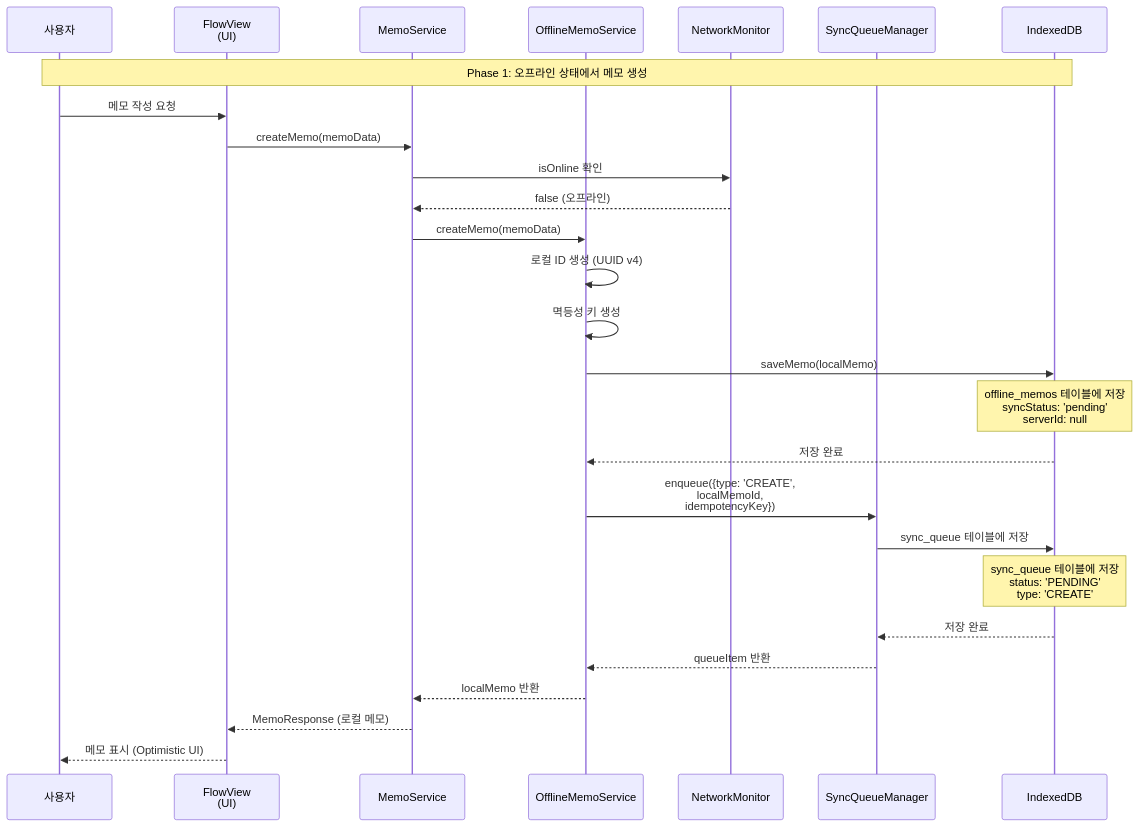
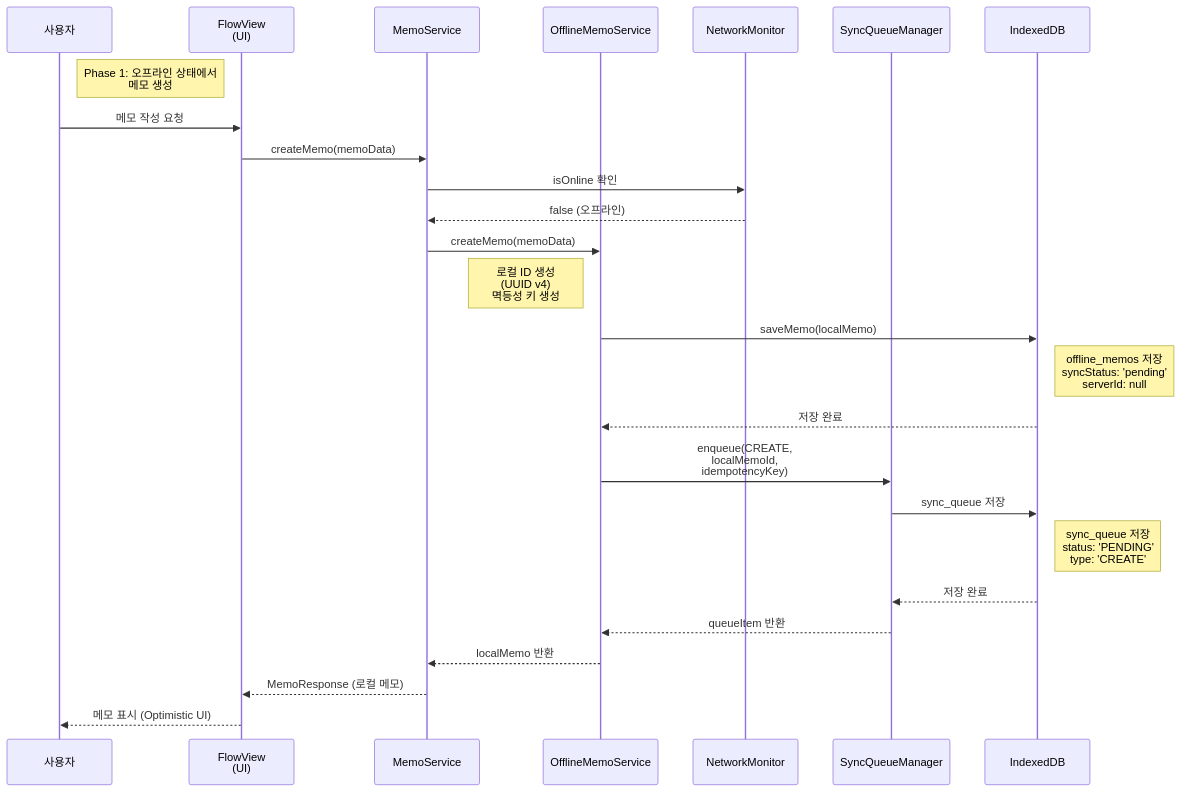
Before and after one commit to Park-Yena00/Reading_tracker: the first of 5 diagrams in docs/architecture/SCENARIO1_RUNTIME_VIEW.md, drawn with Mermaid. The commit also changed other lines of this file and 2 other files, not shown here.

First line of the commit message:
docs: 다이어그램 선과 주석 겹침 문제 수정

````diff
--- a/docs/architecture/SCENARIO1_RUNTIME_VIEW.md
+++ b/docs/architecture/SCENARIO1_RUNTIME_VIEW.md
@@ -27,32 +27,31 @@
 ```mermaid
 sequenceDiagram
     participant User as 사용자
     participant UI as FlowView<br/>(UI)
     participant MemoService as MemoService
     participant OfflineService as OfflineMemoService
     participant NetworkMonitor as NetworkMonitor
     participant SyncQueueMgr as SyncQueueManager
     participant IndexedDB as IndexedDB
 
-    Note over User,IndexedDB: Phase 1: 오프라인 상태에서 메모 생성
+    Note right of User: Phase 1: 오프라인 상태에서<br/>메모 생성
     User->>UI: 메모 작성 요청
     UI->>MemoService: createMemo(memoData)
     MemoService->>NetworkMonitor: isOnline 확인
     NetworkMonitor-->>MemoService: false (오프라인)
     
     MemoService->>OfflineService: createMemo(memoData)
-    OfflineService->>OfflineService: 로컬 ID 생성 (UUID v4)
-    OfflineService->>OfflineService: 멱등성 키 생성
+    Note left of OfflineService: 로컬 ID 생성<br/>(UUID v4)<br/>멱등성 키 생성
     OfflineService->>IndexedDB: saveMemo(localMemo)
-    Note over IndexedDB: offline_memos 테이블에 저장<br/>syncStatus: 'pending'<br/>serverId: null
+    Note right of IndexedDB: offline_memos 저장<br/>syncStatus: 'pending'<br/>serverId: null
     IndexedDB-->>OfflineService: 저장 완료
     
-    OfflineService->>SyncQueueMgr: enqueue({type: 'CREATE',<br/>localMemoId,<br/>idempotencyKey})
-    SyncQueueMgr->>IndexedDB: sync_queue 테이블에 저장
-    Note over IndexedDB: sync_queue 테이블에 저장<br/>status: 'PENDING'<br/>type: 'CREATE'
+    OfflineService->>SyncQueueMgr: enqueue(CREATE,<br/>localMemoId,<br/>idempotencyKey)
+    SyncQueueMgr->>IndexedDB: sync_queue 저장
+    Note right of IndexedDB: sync_queue 저장<br/>status: 'PENDING'<br/>type: 'CREATE'
     IndexedDB-->>SyncQueueMgr: 저장 완료
     SyncQueueMgr-->>OfflineService: queueItem 반환
     OfflineService-->>MemoService: localMemo 반환
     MemoService-->>UI: MemoResponse (로컬 메모)
     UI-->>User: 메모 표시 (Optimistic UI)
 ```
````
